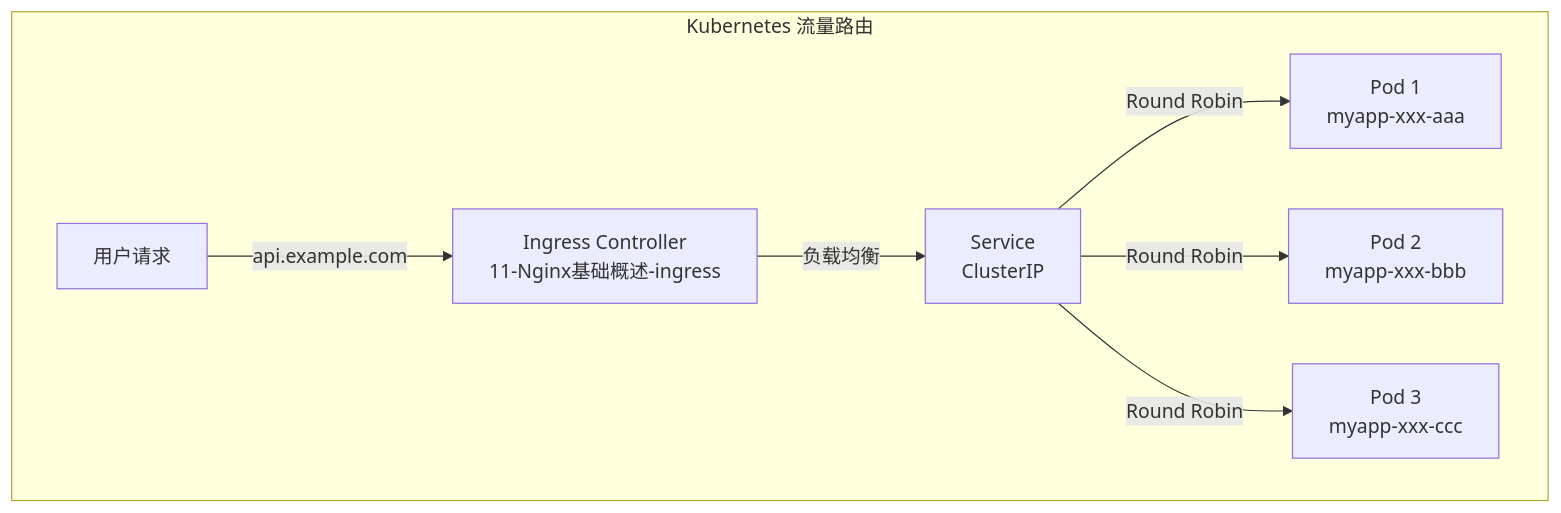
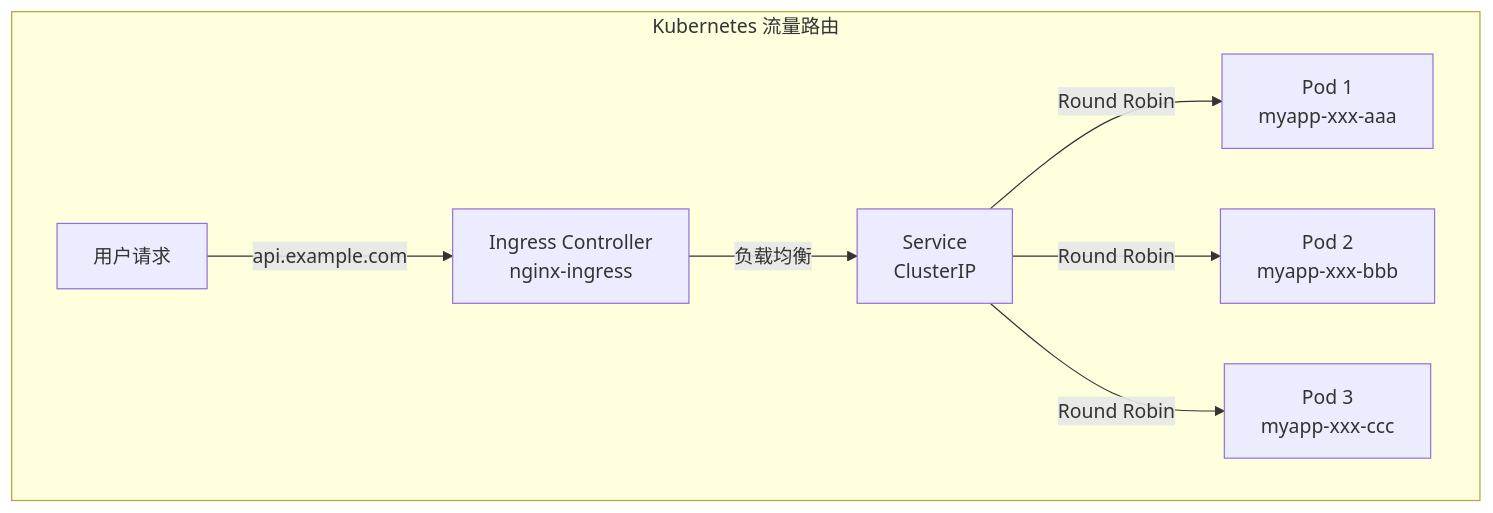
Before and after one commit to zhangzhengyang27/tech-codex: diagram 11 of 22 in docs/01-Java/03-核心框架/06-SpringBoot/17-Docker容器化部署.md, drawn with Mermaid. The commit also changed other lines of this file and 1034 other files, not shown here.

Commit message:
剩余 8 目录流水线治理:12-运维 nginx 替换事故全站回滚(1131 处)+K8s/Django 过时横幅 43 篇+运维平台 3 篇合一;架构目录 568 断图清理+虚构版本事实修订(Consul 2.0/containerd LTS/K8s 代号)+六组重复主题 18 张分工卡;next.config 68 条 cs-basics 重定向修复+许式伟 5 处断链;09-管理 v2 摘要头 310 篇清理+OKR 三套合一+访谈稿 60 篇合 11 汇编+文案高手降权;学习目标脚本清理 339 处+散文话术 306 处

````diff
--- a/docs/01-Java/03-核心框架/06-SpringBoot/17-Docker容器化部署.md
+++ b/docs/01-Java/03-核心框架/06-SpringBoot/17-Docker容器化部署.md
@@ -1535,17 +1535,17 @@
 ```mermaid
 graph TB
     subgraph "Kubernetes 流量路由"
         User["用户请求"]
-        Ingress["Ingress Controller<br/>11-Nginx基础概述-ingress"]
+        Ingress["Ingress Controller<br/>nginx-ingress"]
         Service["Service<br/>ClusterIP"]
         Pod1["Pod 1<br/>myapp-xxx-aaa"]
         Pod2["Pod 2<br/>myapp-xxx-bbb"]
         Pod3["Pod 3<br/>myapp-xxx-ccc"]
         
         User -->|"api.example.com"| Ingress
         Ingress -->|"负载均衡"| Service
         Service -->|"Round Robin"| Pod1
         Service -->|"Round Robin"| Pod2
         Service -->|"Round Robin"| Pod3
     end
 ```
````
